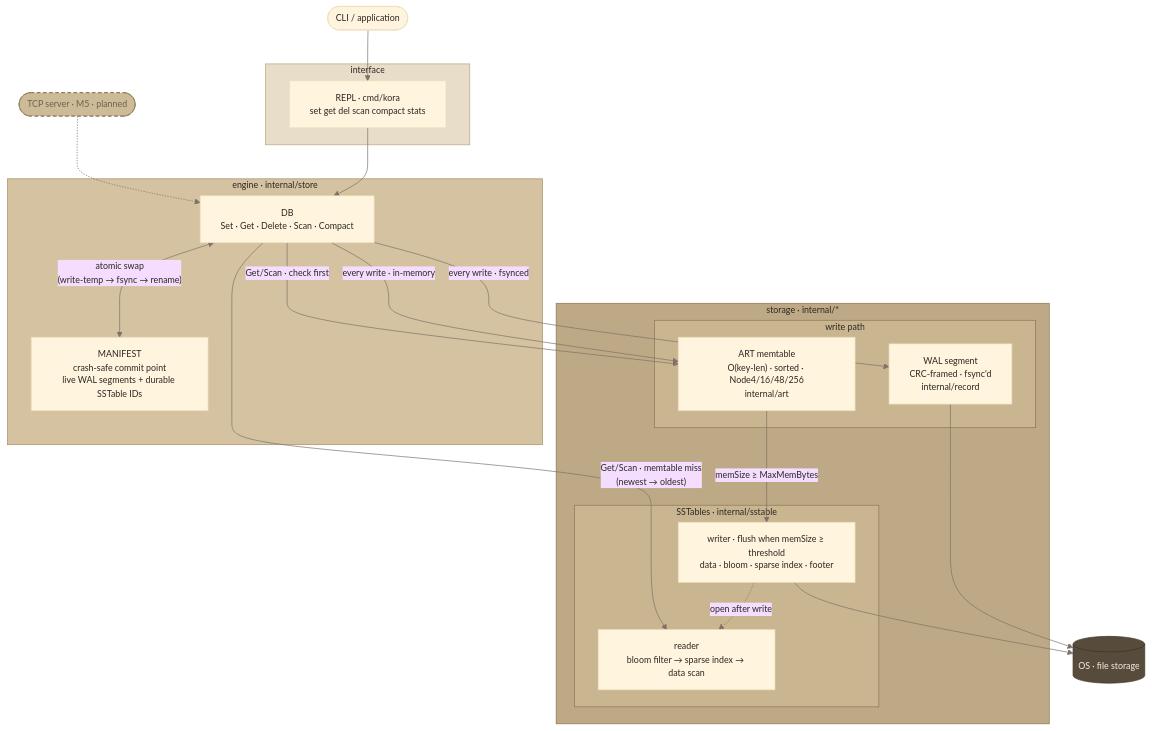
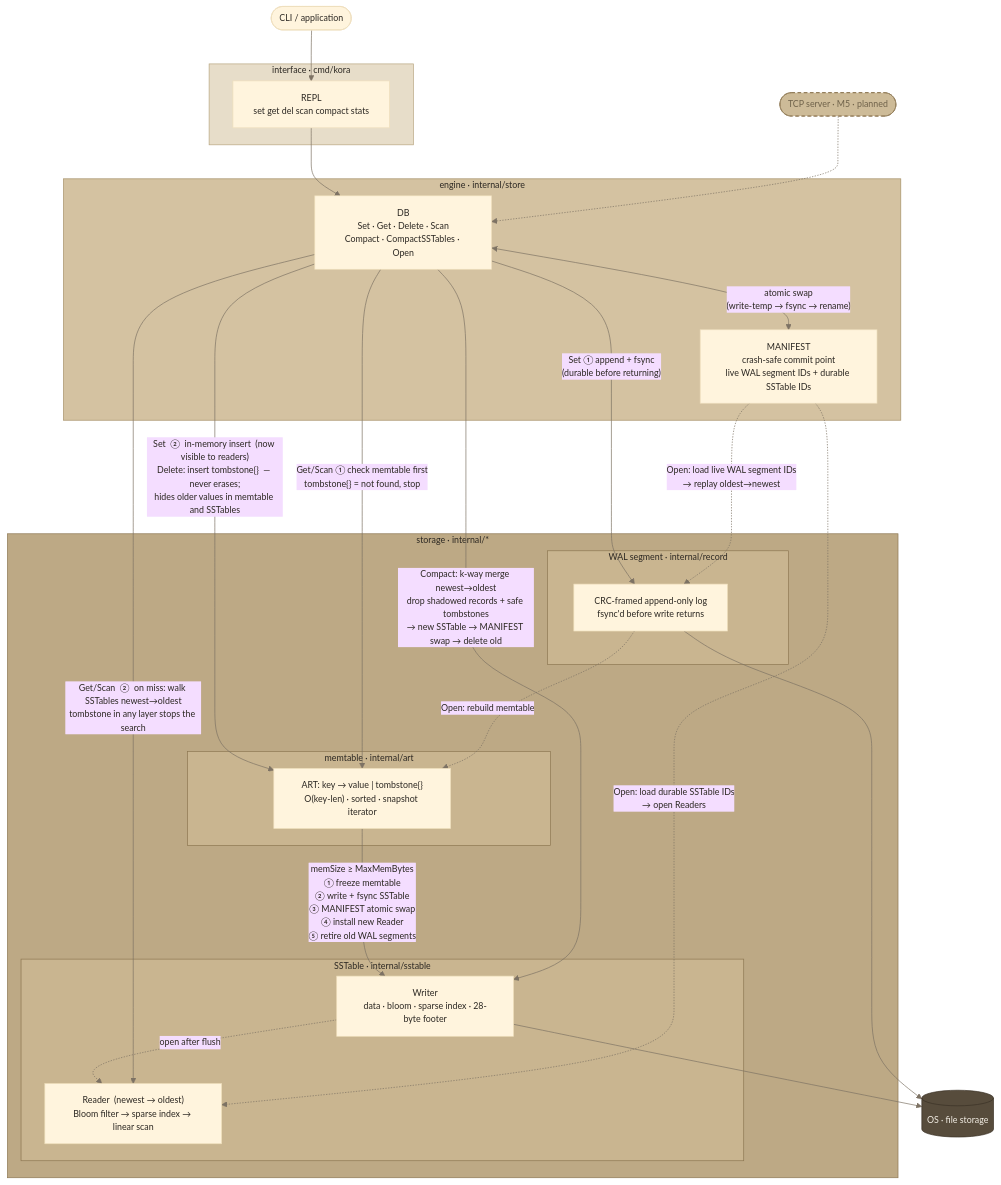
One commit to GiovanniVEstrada/kora-engine changed the diagram in README.md. Above: the diagram before and after it, drawn with Mermaid.

Commit message:
docs: tighten architecture diagram — explicit ordering, tombstones, compaction, recovery
Address feedback:
- Each subgraph now maps to one Go package (module ownership is structural,
  not by role) — wal_sub/art_sub/sst_sub replace the old wpath/sstfiles groups
- Write path shows explicit ordering: Set ① append+fsync (durable), then
  Set ② in-memory insert (visible) — crash safety depends on this order
- Delete semantics are explicit: insert tombstone{}, never erases, hides
  older values in memtable and SSTables
- Flush commit shows the full lifecycle: freeze → fsync SSTable → MANIFEST
  atomic swap → install Reader → retire old WAL segments
- Compaction shown as a distinct labeled flow through the same components
- Recovery/Open path uses dashed arrows (startup-only) from MANIFEST →
  load SSTables + replay WAL → rebuild memtable — separated from runtime flows

````diff
--- a/README.md
+++ b/README.md
@@ -81,50 +81,70 @@
 ```mermaid
 %%{init: {'theme':'base','themeVariables':{'fontFamily':'ui-monospace, Menlo, monospace','lineColor':'#7d7264','primaryTextColor':'#2b2722','fontSize':'13px'}}}%%
 flowchart TB
   client(["CLI / application"])
+  tcp(["TCP server · M5 · planned"])
 
-  subgraph L1["interface"]
-    repl["REPL · cmd/kora\nset  get  del  scan  compact  stats"]
+  subgraph L1["interface  ·  cmd/kora"]
+    repl["REPL\nset  get  del  scan  compact  stats"]
   end
 
-  subgraph L2["engine · internal/store"]
-    db["DB\nSet · Get · Delete · Scan · Compact"]
-    manifest["MANIFEST\ncrash-safe commit point\nlive WAL segments + durable SSTable IDs"]
-    db <-->|"atomic swap\n(write-temp → fsync → rename)"| manifest
+  subgraph L2["engine  ·  internal/store"]
+    db["DB\nSet · Get · Delete · Scan\nCompact · CompactSSTables · Open"]
+    manifest["MANIFEST\ncrash-safe commit point\nlive WAL segment IDs + durable SSTable IDs"]
   end
 
-  subgraph L3["storage · internal/*"]
-    subgraph wpath["write path"]
-      wal["WAL segment\nCRC-framed · fsync'd\ninternal/record"]
-      art["ART memtable\nO(key-len) · sorted · Node4/16/48/256\ninternal/art"]
+  subgraph L3["storage  ·  internal/*"]
+    subgraph wal_sub["WAL segment  ·  internal/record"]
+      wal["CRC-framed append-only log\nfsync'd before write returns"]
     end
-    subgraph sstfiles["SSTables · internal/sstable"]
-      sw["writer · flush when memSize ≥ threshold\ndata · bloom · sparse index · footer"]
-      sr["reader\nbloom filter → sparse index → data scan"]
+    subgraph art_sub["memtable  ·  internal/art"]
+      art["ART: key → value | tombstone{}\nO(key-len) · sorted · snapshot iterator"]
     end
-    art -->|"memSize ≥ MaxMemBytes"| sw
-    sw -.->|"open after write"| sr
+    subgraph sst_sub["SSTable  ·  internal/sstable"]
+      sstw["Writer\ndata · bloom · sparse index · 28-byte footer"]
+      sstr["Reader  (newest → oldest)\nBloom filter → sparse index → linear scan"]
+      sstw -.->|"open after flush"| sstr
+    end
   end
 
-  tcp(["TCP server · M5 · planned"])
   os[("OS · file storage")]
 
+  %% client access
   client --> repl --> db
   tcp -.-> db
-  db -->|"every write · fsynced"| wal
-  db -->|"every write · in-memory"| art
-  db -->|"Get/Scan · check first"| art
-  db -->|"Get/Scan · memtable miss\n(newest → oldest)"| sr
+
+  %% write path — WAL must be durable before memtable is mutated
+  db -->|"Set  ①  append + fsync\n(durable before returning)"| wal
+  db -->|"Set  ②  in-memory insert  (now visible to readers)\nDelete: insert tombstone{}  — never erases;\nhides older values in memtable and SSTables"| art
+
+  %% flush commit lifecycle
+  art -->|"memSize ≥ MaxMemBytes\n①  freeze memtable\n②  write + fsync SSTable\n③  MANIFEST atomic swap\n④  install new Reader\n⑤  retire old WAL segments"| sstw
+  db <-->|"atomic swap\n(write-temp → fsync → rename)"| manifest
+
+  %% read path
+  db -->|"Get/Scan  ①  check memtable first\ntombstone{} = not found, stop"| art
+  db -->|"Get/Scan  ②  on miss: walk SSTables newest→oldest\ntombstone in any layer stops the search"| sstr
+
+  %% compaction
+  db -->|"Compact: k-way merge newest→oldest\ndrop shadowed records + safe tombstones\n→ new SSTable → MANIFEST swap → delete old"| sstw
+
+  %% recovery / Open (dashed = startup only, not runtime)
+  manifest -.->|"Open: load durable SSTable IDs\n→ open Readers"| sstr
+  manifest -.->|"Open: load live WAL segment IDs\n→ replay oldest→newest"| wal
+  wal -.->|"Open: rebuild memtable"| art
+
+  %% disk
   wal --> os
-  sw --> os
+  sstw --> os
 
   classDef future fill:#cdbb98,stroke:#8c7651,color:#6f624a,stroke-dasharray:5 4;
   class tcp future
 
   style L1 fill:#e7ddc9,stroke:#b7a47e,color:#2b2722
   style L2 fill:#d4c2a1,stroke:#a48f66,color:#2b2722
   style L3 fill:#bda985,stroke:#8c7651,color:#2b2722
-  style wpath fill:#c9b590,stroke:#8c7651,color:#2b2722
-  style sstfiles fill:#c9b590,stroke:#8c7651,color:#2b2722
+  style wal_sub fill:#c9b590,stroke:#8c7651,color:#2b2722
+  style art_sub fill:#c9b590,stroke:#8c7651,color:#2b2722
+  style sst_sub fill:#c9b590,stroke:#8c7651,color:#2b2722
   style os fill:#574c3c,stroke:#3a3225,color:#f4efe6
 ```
````
